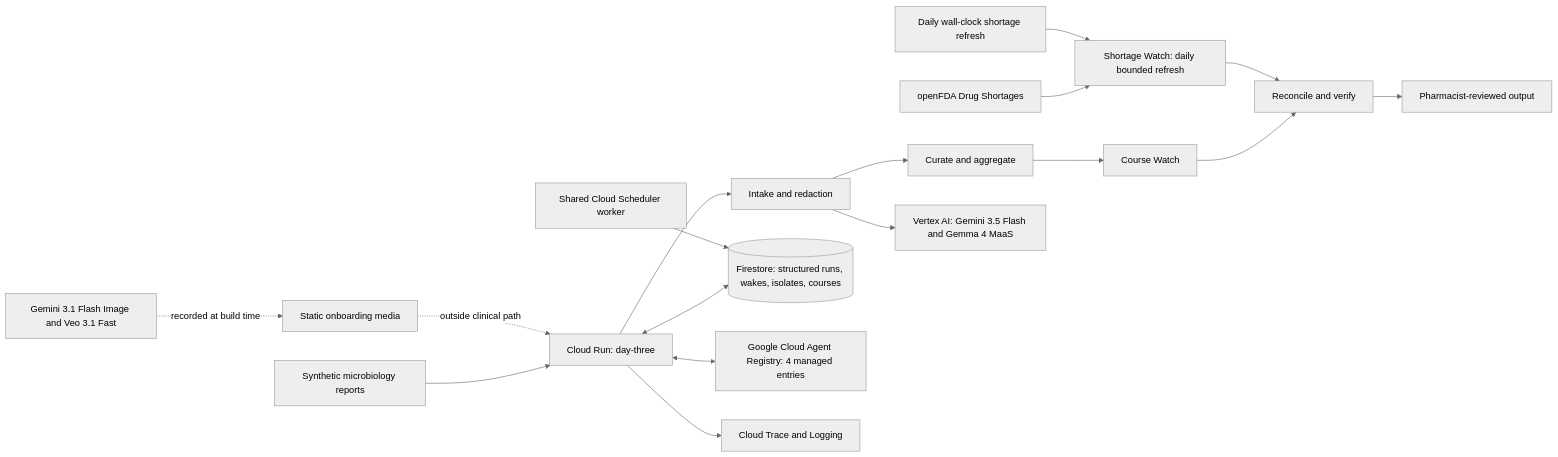
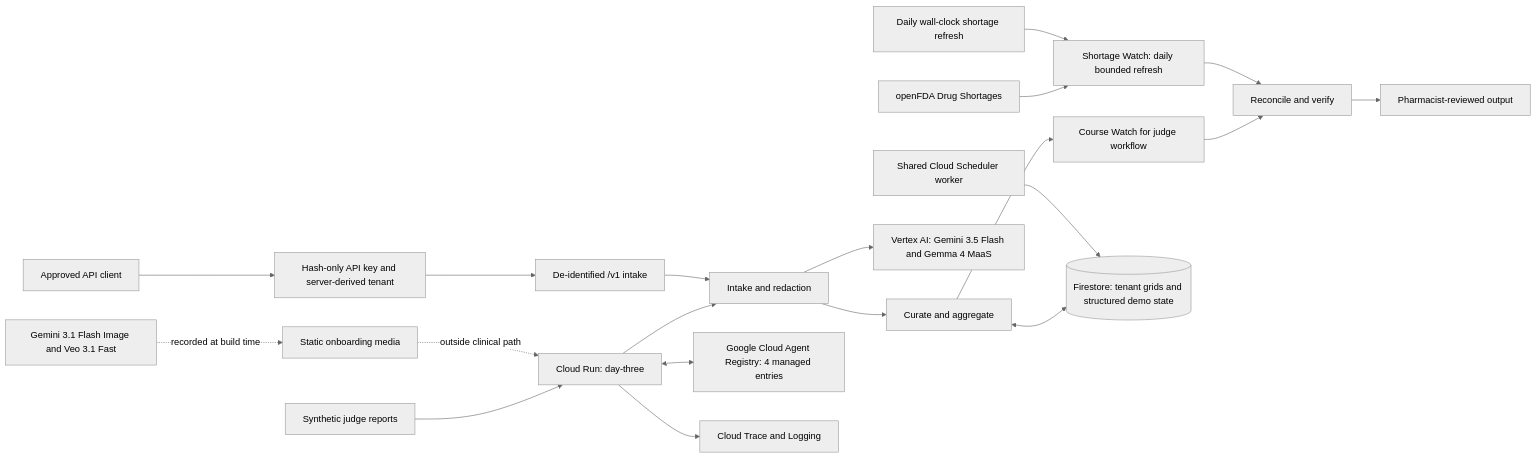
One commit to usv240/day-three changed the diagram in docs/architecture.mmd. Above: the diagram before and after it, drawn with Mermaid (neutral theme). The commit also changed 21 other files, not shown here.

Commit message:
Add key-protected deidentified beta API

```diff
--- a/docs/architecture.mmd
+++ b/docs/architecture.mmd
@@ -1,17 +1,20 @@
 flowchart LR
-    A[Synthetic microbiology reports] --> B[Cloud Run: day-three]
+    A[Synthetic judge reports] --> B[Cloud Run: day-three]
+    API[Approved API client] --> K[Hash-only API key and server-derived tenant]
+    K --> DI[De-identified /v1 intake]
     B --> I[Intake and redaction]
+    DI --> I
     I --> C[Curate and aggregate]
-    C --> W[Course Watch]
+    C --> W[Course Watch for judge workflow]
     W --> R[Reconcile and verify]
     D[openFDA Drug Shortages] --> SW[Shortage Watch: daily bounded refresh]
     SW --> R
     DS[Daily wall-clock shortage refresh] --> SW
-    B <--> F[(Firestore: structured runs, wakes, isolates, courses)]
+    C <--> F[(Firestore: tenant grids and structured demo state)]
     I --> V[Vertex AI: Gemini 3.5 Flash and Gemma 4 MaaS]
     S[Shared Cloud Scheduler worker] --> F
     B <--> G[Google Cloud Agent Registry: 4 managed entries]
     B --> T[Cloud Trace and Logging]
     R --> H[Pharmacist-reviewed output]
     M[Gemini 3.1 Flash Image and Veo 3.1 Fast] -. recorded at build time .-> O[Static onboarding media]
     O -. outside clinical path .-> B
```
